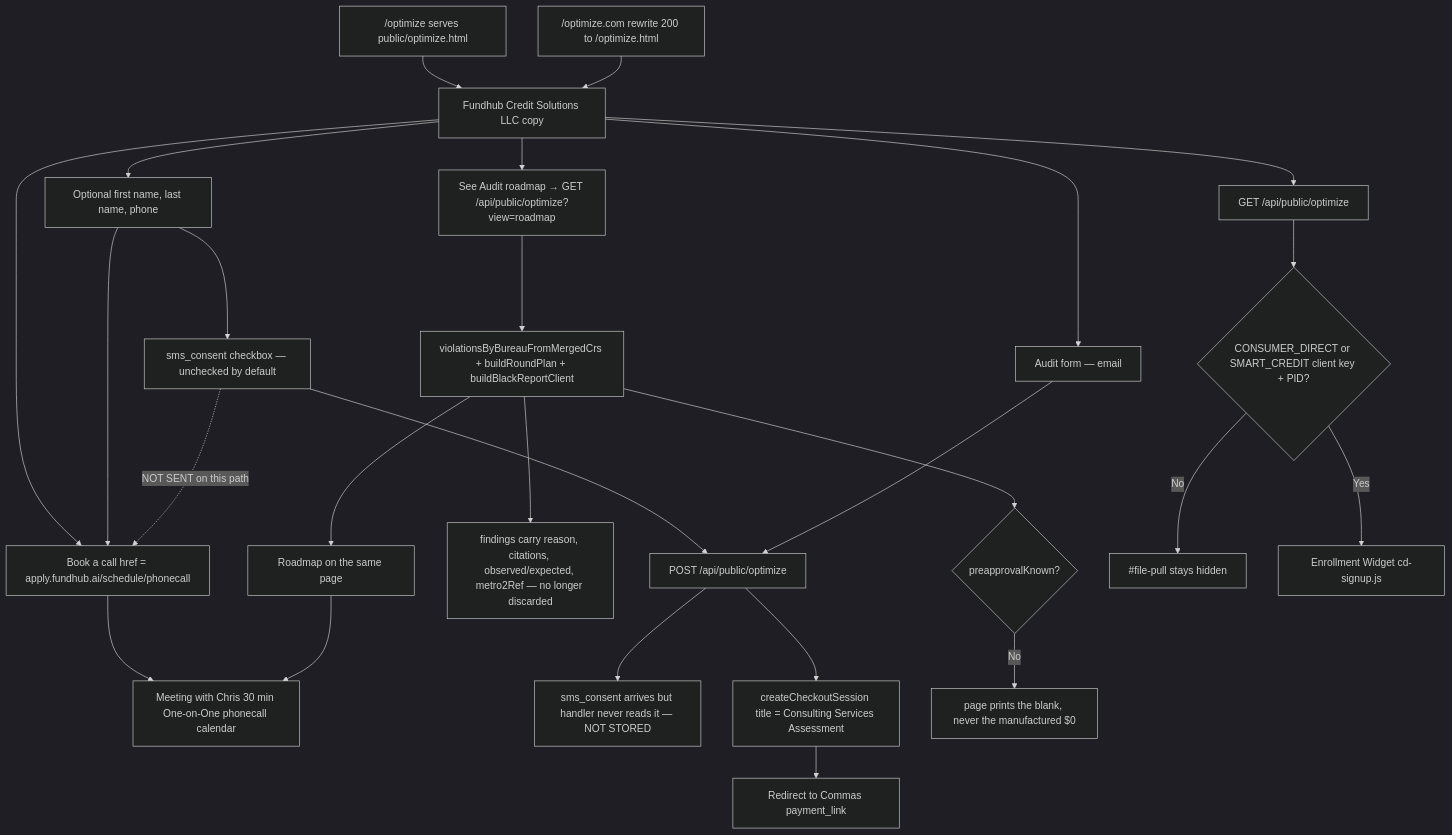
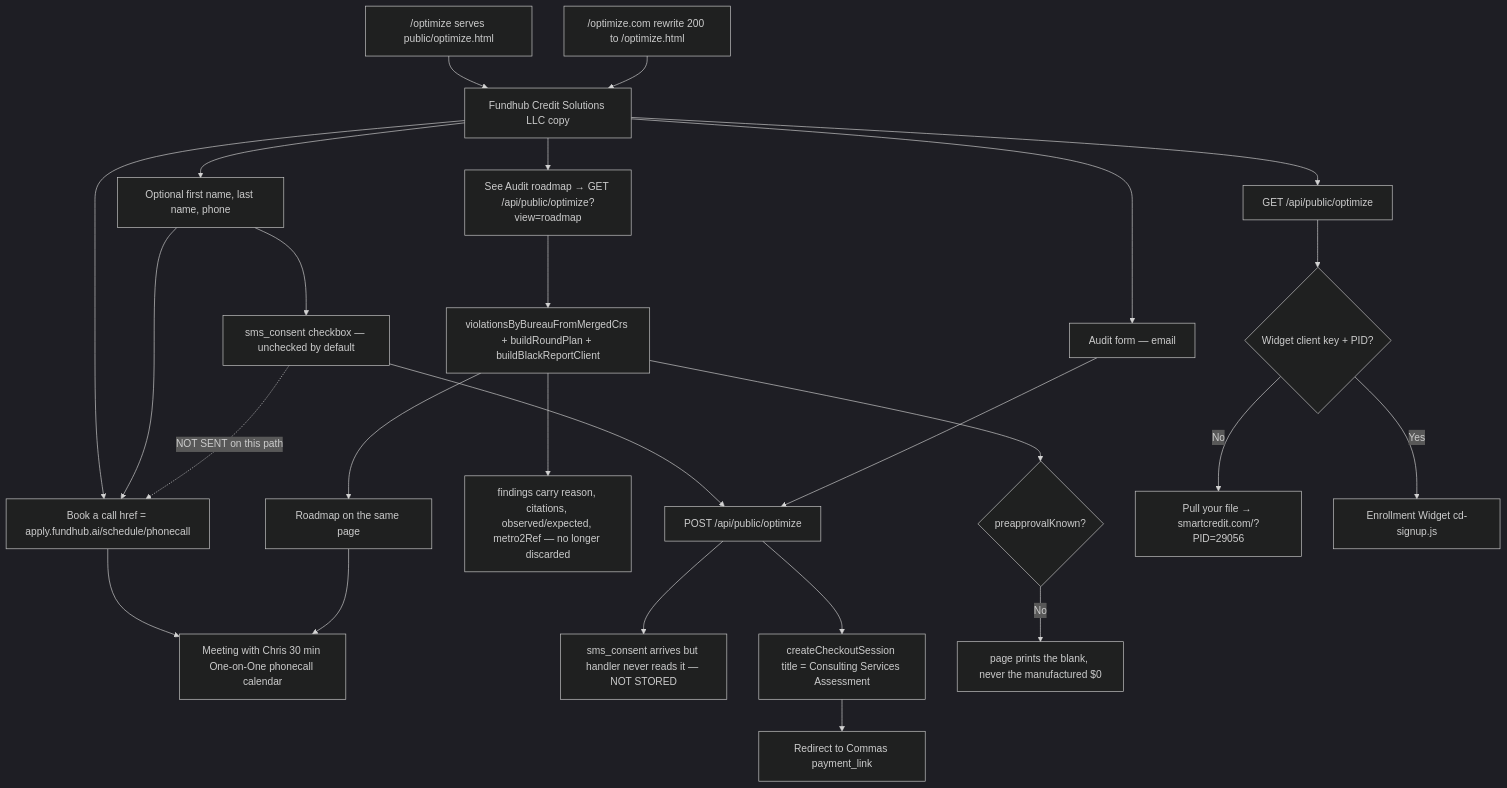
Before and after one commit to ZootimusMaximusSupreme/Fundhub_ai: the diagram in docs/journeys/optimize-actual.md, drawn with Mermaid (dark theme). The commit also changed other lines of this file and 5 other files, not shown here.

First line of the commit message:
Turn on Pull your file with the real SmartCredit partner link.

````diff
--- a/docs/journeys/optimize-actual.md
+++ b/docs/journeys/optimize-actual.md
@@ -5,28 +5,28 @@
 ```mermaid
 flowchart TD
     PRETTY["/optimize serves public/optimize.html"] --> PAGE[Fundhub Credit Solutions LLC copy]
     REWRITE["/optimize.com rewrite 200 to /optimize.html"] --> PAGE
     PAGE --> FIELDS[Optional first name, last name, phone]
     FIELDS --> CONSENT["sms_consent checkbox — unchecked by default"]
     PAGE --> BTN["Book a call href = apply.fundhub.ai/schedule/phonecall"]
     FIELDS --> BTN
     CONSENT -.->|"NOT SENT on this path"| BTN
     BTN --> CAL[Meeting with Chris 30 min One-on-One phonecall calendar]
     PAGE --> AUDIT[Audit form — email]
     CONSENT --> POST
     AUDIT --> POST["POST /api/public/optimize"]
     POST --> DROP["sms_consent arrives but handler never reads it — NOT STORED"]
     POST --> KEEP["createCheckoutSession title = Consulting Services Assessment"]
     KEEP --> PAY[Redirect to Commas payment_link]
     PAGE --> GET["GET /api/public/optimize"]
-    GET --> GATE{CONSUMER_DIRECT or SMART_CREDIT client key + PID?}
+    GET --> GATE{Widget client key + PID?}
     PAGE --> MAP["See Audit roadmap → GET /api/public/optimize?view=roadmap"]
     MAP --> BRAIN["violationsByBureauFromMergedCrs + buildRoundPlan + buildBlackReportClient"]
     BRAIN --> DETAIL["findings carry reason, citations, observed/expected, metro2Ref — no longer discarded"]
     BRAIN --> ZERO{"preapprovalKnown?"}
     ZERO -->|No| BLANK["page prints the blank, never the manufactured $0"]
     BRAIN --> PLAN["Roadmap on the same page"]
     PLAN --> CAL
-    GATE -->|No| HIDE["#file-pull stays hidden"]
+    GATE -->|No| AFF["Pull your file → smartcredit.com/?PID=29056"]
     GATE -->|Yes| WIDGET["Enrollment Widget cd-signup.js"]
 ```
````
